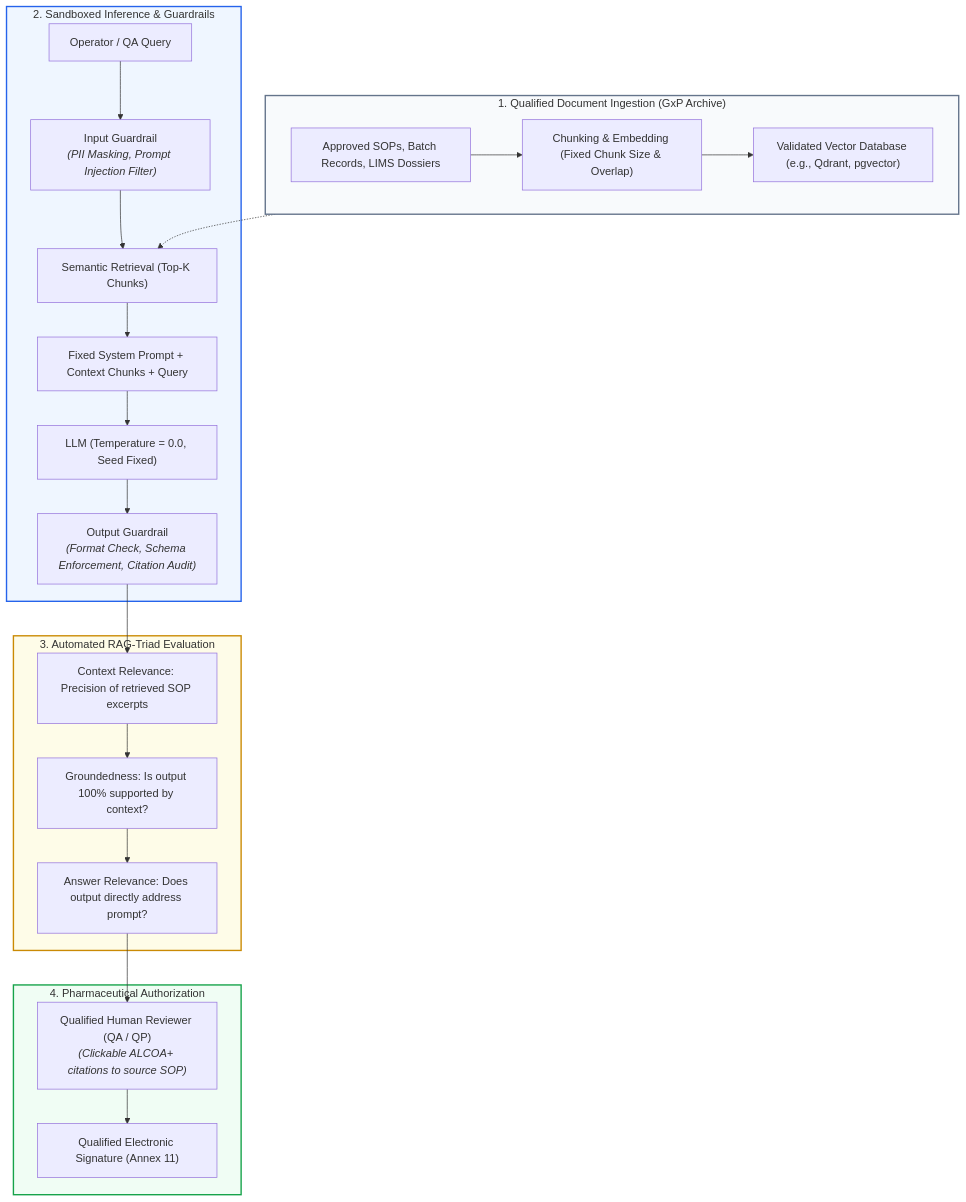
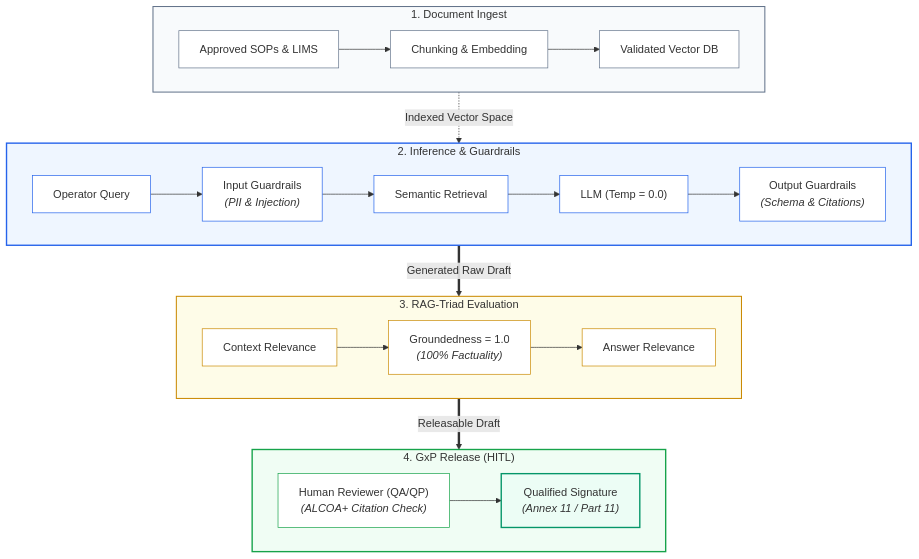
Before and after one commit to Lunaman06/Annex22: the first of 3 diagrams in docs/en/appendix_genai_rag_gxp.md, drawn with Mermaid. The commit also changed other lines of this file and 29 other files, not shown here.

Commit message:
style(docs): optimize mermaid diagram aspect ratios, edge flows and legibility across all DE and EN modules

````diff
--- a/docs/en/appendix_genai_rag_gxp.md
+++ b/docs/en/appendix_genai_rag_gxp.md
@@ -46,33 +46,44 @@
 ```mermaid
 flowchart TD
-    subgraph Ingestion["1. Qualified Document Ingestion (GxP Archive)"]
-        D1["Approved SOPs, Batch Records, LIMS Dossiers"] --> D2["Chunking & Embedding (Fixed Chunk Size & Overlap)"]
-        D2 --> D3["Validated Vector Database (e.g., Qdrant, pgvector)"]
+    subgraph Ingestion["1. Document Ingest"]
+        direction LR
+        D1["Approved SOPs & LIMS"] --> D2["Chunking & Embedding"] --> D3["Validated Vector DB"]
     end
 
-    subgraph Query["2. Sandboxed Inference & Guardrails"]
-        U1["Operator / QA Query"] --> G_IN["Input Guardrail<br/><i>(PII Masking, Prompt Injection Filter)</i>"]
-        G_IN --> RET["Semantic Retrieval (Top-K Chunks)"]
-        RET --> PROMPT["Fixed System Prompt + Context Chunks + Query"]
-        PROMPT --> LLM["LLM (Temperature = 0.0, Seed Fixed)"]
-        LLM --> G_OUT["Output Guardrail<br/><i>(Format Check, Schema Enforcement, Citation Audit)</i>"]
+    subgraph Query["2. Inference & Guardrails"]
+        direction LR
+        U1["Operator Query"] --> G_IN["Input Guardrails<br/><i>(PII & Injection)</i>"] --> RET["Semantic Retrieval"] --> LLM["LLM (Temp = 0.0)"] --> G_OUT["Output Guardrails<br/><i>(Schema & Citations)</i>"]
     end
 
-    subgraph Evaluation["3. Automated RAG-Triad Evaluation"]
-        G_OUT --> TR1["Context Relevance: Precision of retrieved SOP excerpts"]
-        TR1 --> TR2["Groundedness: Is output 100% supported by context?"]
-        TR2 --> TR3["Answer Relevance: Does output directly address prompt?"]
+    subgraph Evaluation["3. RAG-Triad Evaluation"]
+        direction LR
+        TR1["Context Relevance"] --> TR2["Groundedness = 1.0<br/><i>(100% Factuality)</i>"] --> TR3["Answer Relevance"]
     end
 
-    subgraph HITL["4. Pharmaceutical Authorization"]
-        TR3 --> REV["Qualified Human Reviewer (QA / QP)<br/><i>(Clickable ALCOA+ citations to source SOP)</i>"]
-        REV --> SIGN["Qualified Electronic Signature (Annex 11)"]
+    subgraph HITL["4. GxP Release (HITL)"]
+        direction LR
+        REV["Human Reviewer (QA/QP)<br/><i>(ALCOA+ Citation Check)</i>"] --> SIGN["Qualified Signature<br/><i>(Annex 11 / Part 11)</i>"]
     end
 
-    Ingestion -.-> RET
+    Ingestion -.->|"Indexed Vector Space"| Query
+    Query ==>|"Generated Raw Draft"| Evaluation
+    Evaluation ==>|"Releasable Draft"| HITL
 
-    style Ingestion fill:#f8fafc,stroke:#64748b,stroke-width:2px
+    style Ingestion fill:#f8fafc,stroke:#64748b,stroke-width:1.5px
     style Query fill:#eff6ff,stroke:#2563eb,stroke-width:2px
-    style Evaluation fill:#fefce8,stroke:#ca8a04,stroke-width:2px
+    style Evaluation fill:#fefce8,stroke:#ca8a04,stroke-width:1.5px
     style HITL fill:#f0fdf4,stroke:#16a34a,stroke-width:2px
+    style D1 fill:#ffffff,stroke:#64748b,stroke-width:1px
+    style D2 fill:#ffffff,stroke:#64748b,stroke-width:1px
+    style D3 fill:#ffffff,stroke:#64748b,stroke-width:1px
+    style U1 fill:#ffffff,stroke:#2563eb,stroke-width:1px
+    style G_IN fill:#ffffff,stroke:#2563eb,stroke-width:1px
+    style RET fill:#ffffff,stroke:#2563eb,stroke-width:1px
+    style LLM fill:#ffffff,stroke:#2563eb,stroke-width:1px
+    style G_OUT fill:#ffffff,stroke:#2563eb,stroke-width:1px
+    style TR1 fill:#ffffff,stroke:#ca8a04,stroke-width:1px
+    style TR2 fill:#ffffff,stroke:#ca8a04,stroke-width:1px
+    style TR3 fill:#ffffff,stroke:#ca8a04,stroke-width:1px
+    style REV fill:#ffffff,stroke:#16a34a,stroke-width:1px
+    style SIGN fill:#ecfdf5,stroke:#059669,stroke-width:2px
 ```
````
